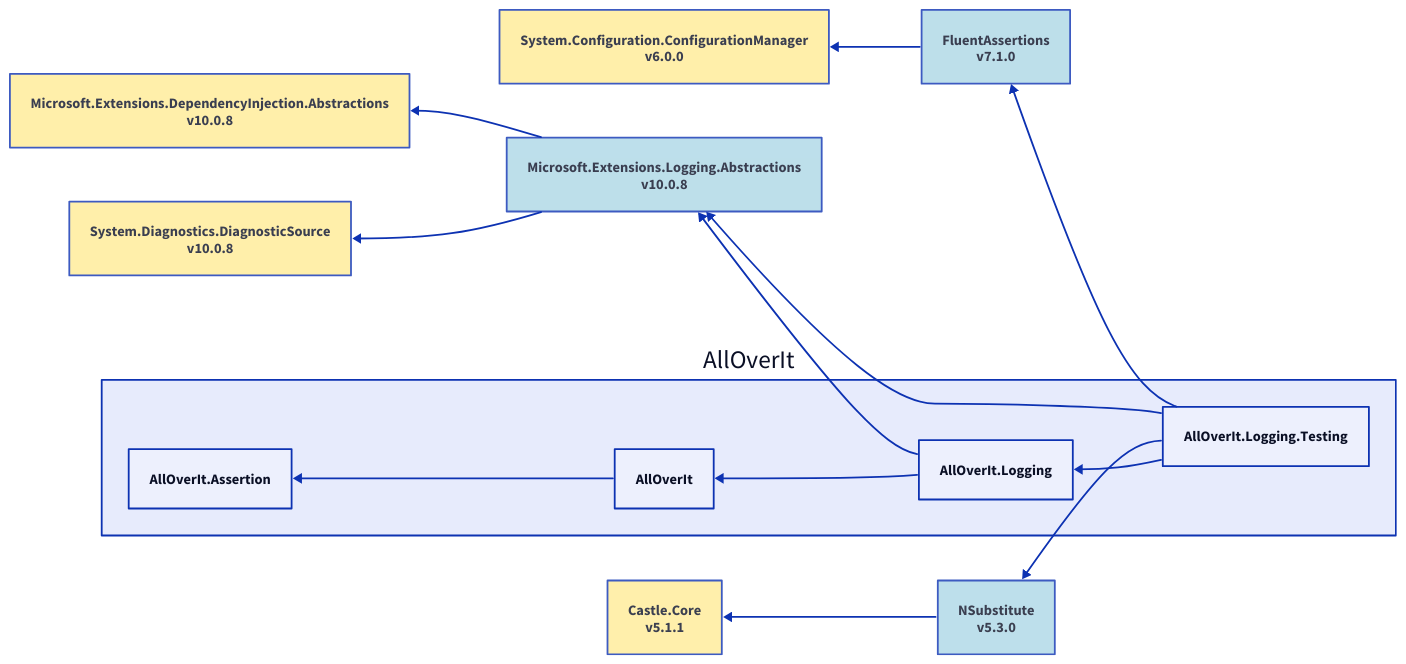
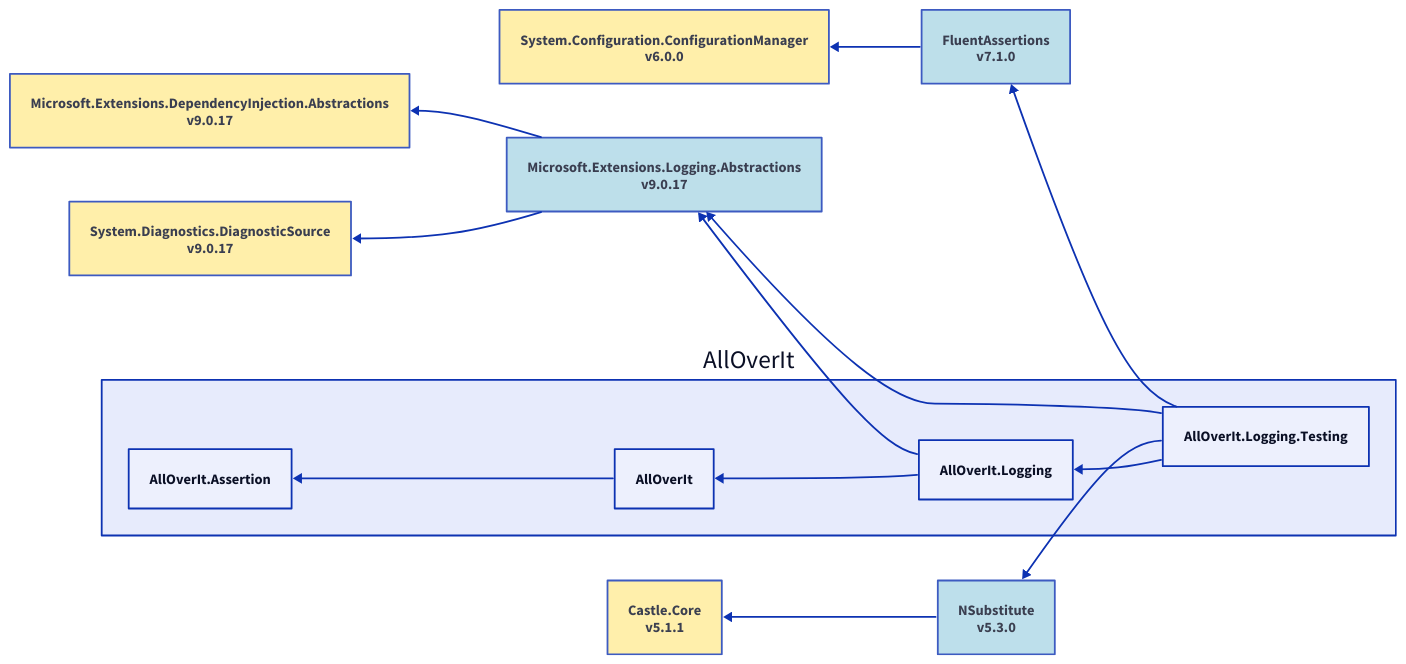
The diagram in Docs/Reference/Content/images/dependencies/net8.0/d2/alloverit-logging-testing.d2 (mjfreelancing/AllOverIt), drawn with D2 before and after one commit. The commit also changed 249 other files, not shown here.

```diff
--- a/Docs/Reference/Content/images/dependencies/net8.0/d2/alloverit-logging-testing.d2
+++ b/Docs/Reference/Content/images/dependencies/net8.0/d2/alloverit-logging-testing.d2
@@ -1,41 +1,41 @@
 direction: left
 
 aoi: AllOverIt
 aoi.alloverit-logging-testing: AllOverIt.Logging.Testing
 fluentassertions_7-1-0: FluentAssertions\nv7.1.0
 system-configuration-configurationmanager_6-0-0: System.Configuration.ConfigurationManager\nv6.0.0
-microsoft-extensions-logging-abstractions_10-0-8: Microsoft.Extensions.Logging.Abstractions\nv10.0.8
-microsoft-extensions-dependencyinjection-abstractions_10-0-8: Microsoft.Extensions.DependencyInjection.Abstractions\nv10.0.8
-system-diagnostics-diagnosticsource_10-0-8: System.Diagnostics.DiagnosticSource\nv10.0.8
+microsoft-extensions-logging-abstractions_9-0-17: Microsoft.Extensions.Logging.Abstractions\nv9.0.17
+microsoft-extensions-dependencyinjection-abstractions_9-0-17: Microsoft.Extensions.DependencyInjection.Abstractions\nv9.0.17
+system-diagnostics-diagnosticsource_9-0-17: System.Diagnostics.DiagnosticSource\nv9.0.17
 nsubstitute_5-3-0: NSubstitute\nv5.3.0
 castle-core_5-1-1: Castle.Core\nv5.1.1
 aoi.alloverit-logging: AllOverIt.Logging
 aoi.alloverit: AllOverIt
 aoi.alloverit-assertion: AllOverIt.Assertion
 fluentassertions_7-1-0 <- aoi.alloverit-logging-testing
 system-configuration-configurationmanager_6-0-0 <- fluentassertions_7-1-0
-microsoft-extensions-logging-abstractions_10-0-8 <- aoi.alloverit-logging-testing
-microsoft-extensions-dependencyinjection-abstractions_10-0-8 <- microsoft-extensions-logging-abstractions_10-0-8
-system-diagnostics-diagnosticsource_10-0-8 <- microsoft-extensions-logging-abstractions_10-0-8
+microsoft-extensions-logging-abstractions_9-0-17 <- aoi.alloverit-logging-testing
+microsoft-extensions-dependencyinjection-abstractions_9-0-17 <- microsoft-extensions-logging-abstractions_9-0-17
+system-diagnostics-diagnosticsource_9-0-17 <- microsoft-extensions-logging-abstractions_9-0-17
 nsubstitute_5-3-0 <- aoi.alloverit-logging-testing
 castle-core_5-1-1 <- nsubstitute_5-3-0
 aoi.alloverit-logging <- aoi.alloverit-logging-testing
-microsoft-extensions-logging-abstractions_10-0-8 <- aoi.alloverit-logging
+microsoft-extensions-logging-abstractions_9-0-17 <- aoi.alloverit-logging
 aoi.alloverit <- aoi.alloverit-logging
 aoi.alloverit-assertion <- aoi.alloverit
 fluentassertions_7-1-0.style.fill: "#ADD8E6"
 fluentassertions_7-1-0.style.opacity: 0.8
 system-configuration-configurationmanager_6-0-0.style.fill: "#FFEC96"
 system-configuration-configurationmanager_6-0-0.style.opacity: 0.8
-microsoft-extensions-logging-abstractions_10-0-8.style.fill: "#ADD8E6"
-microsoft-extensions-logging-abstractions_10-0-8.style.opacity: 0.8
-microsoft-extensions-dependencyinjection-abstractions_10-0-8.style.fill: "#FFEC96"
-microsoft-extensions-dependencyinjection-abstractions_10-0-8.style.opacity: 0.8
-system-diagnostics-diagnosticsource_10-0-8.style.fill: "#FFEC96"
-system-diagnostics-diagnosticsource_10-0-8.style.opacity: 0.8
+microsoft-extensions-logging-abstractions_9-0-17.style.fill: "#ADD8E6"
+microsoft-extensions-logging-abstractions_9-0-17.style.opacity: 0.8
+microsoft-extensions-dependencyinjection-abstractions_9-0-17.style.fill: "#FFEC96"
+microsoft-extensions-dependencyinjection-abstractions_9-0-17.style.opacity: 0.8
+system-diagnostics-diagnosticsource_9-0-17.style.fill: "#FFEC96"
+system-diagnostics-diagnosticsource_9-0-17.style.opacity: 0.8
 nsubstitute_5-3-0.style.fill: "#ADD8E6"
 nsubstitute_5-3-0.style.opacity: 0.8
 castle-core_5-1-1.style.fill: "#FFEC96"
 castle-core_5-1-1.style.opacity: 0.8
 aoi.style.fill: "#E7EBFC"
 aoi.style.opacity: 1
```
